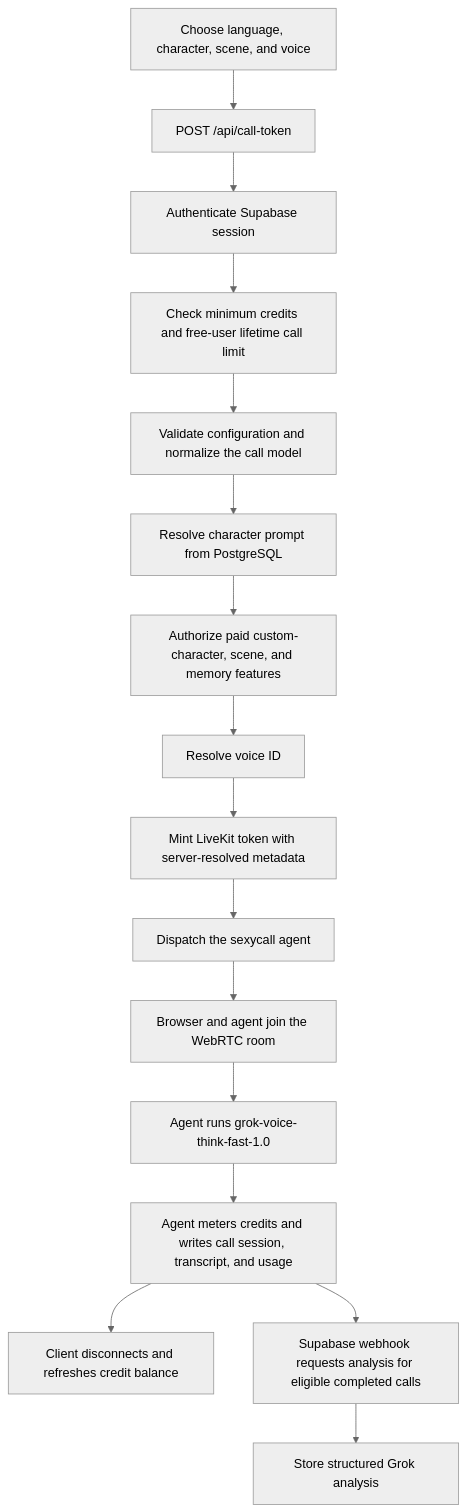
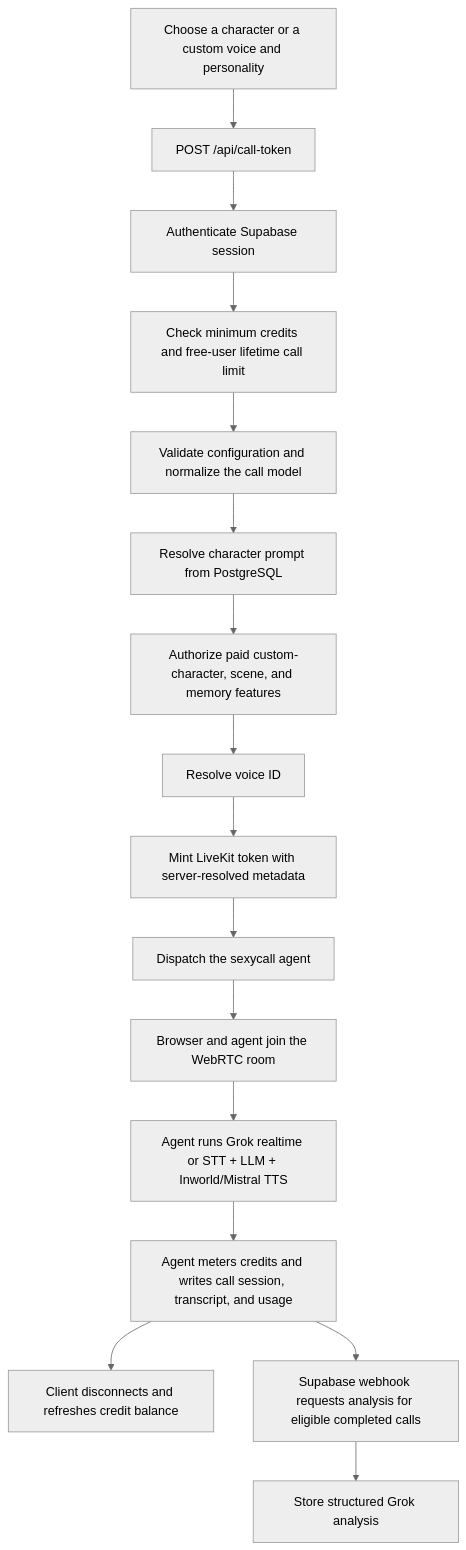
The fifth of 5 diagrams in ARCHITECTURE.md (gianpaj/sexyvoice), drawn with Mermaid (neutral theme) before and after one commit. The commit also changed other lines of this file and 230 other files, not shown here.

First line of the commit message:
Add in world tts cloning and expressive voice demos (#650)

````diff
--- a/ARCHITECTURE.md
+++ b/ARCHITECTURE.md
@@ -267,18 +405,18 @@
 ```mermaid
 flowchart TD
-    A["Choose language, character, scene, and voice"] --> B["POST /api/call-token"]
+    A["Choose a character or a custom voice and personality"] --> B["POST /api/call-token"]
     B --> C["Authenticate Supabase session"]
     C --> D["Check minimum credits and free-user lifetime call limit"]
     D --> E["Validate configuration and normalize the call model"]
     E --> F["Resolve character prompt from PostgreSQL"]
     F --> G["Authorize paid custom-character, scene, and memory features"]
     G --> H["Resolve voice ID"]
     H --> I["Mint LiveKit token with server-resolved metadata"]
     I --> J["Dispatch the sexycall agent"]
     J --> K["Browser and agent join the WebRTC room"]
-    K --> L["Agent runs grok-voice-think-fast-1.0"]
+    K --> L["Agent runs Grok realtime or STT + LLM + Inworld/Mistral TTS"]
     L --> M["Agent meters credits and writes call session, transcript, and usage"]
     M --> N["Client disconnects and refreshes credit balance"]
     M --> O["Supabase webhook requests analysis for eligible completed calls"]
     O --> P["Store structured Grok analysis"]
 ```
````
